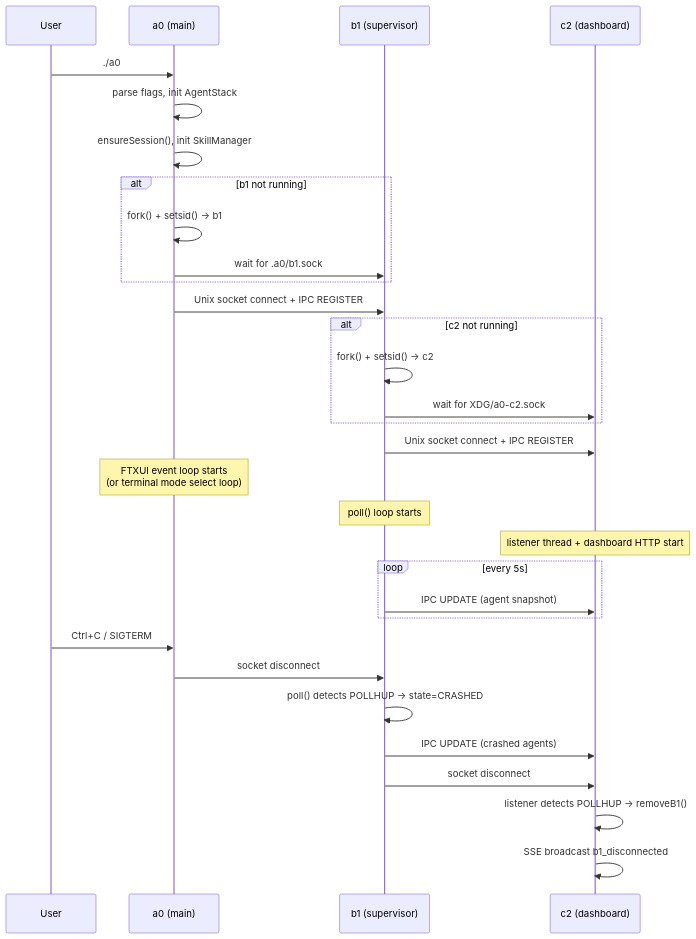
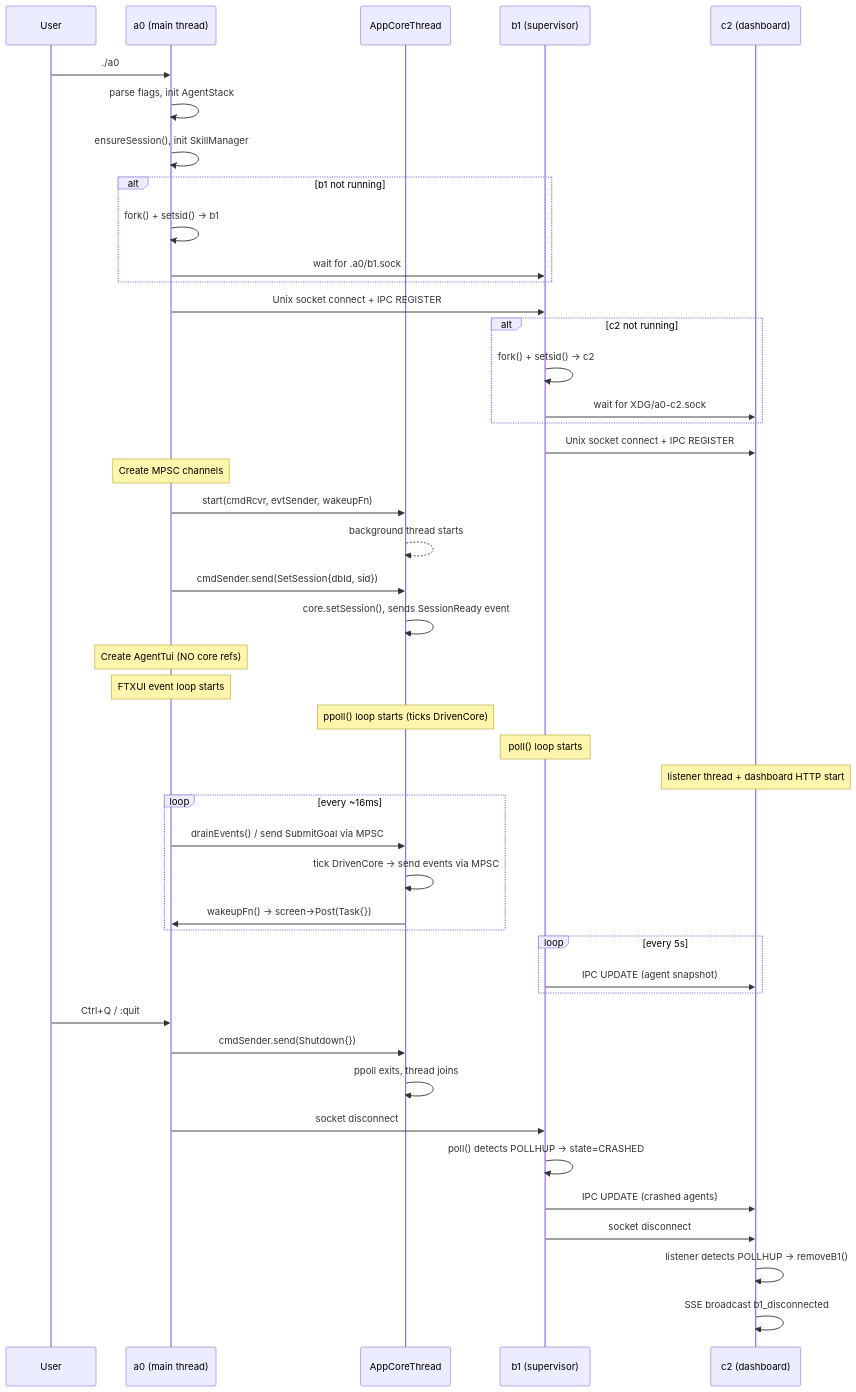
Before and after one commit to opensassi/a0: the second of 7 diagrams in specs/concurrency-model.md, drawn with Mermaid. The commit also changed other lines of this file and 50 other files, not shown here.

````diff
--- a/specs/concurrency-model.md
+++ b/specs/concurrency-model.md
@@ -89,39 +91,57 @@
 ```mermaid
 sequenceDiagram
     participant USER as User
-    participant A0 as a0 (main)
+    participant A0 as a0 (main thread)
+    participant ACT as AppCoreThread
     participant B1 as b1 (supervisor)
     participant C2 as c2 (dashboard)
 
     USER->>A0: ./a0
     A0->>A0: parse flags, init AgentStack
     A0->>A0: ensureSession(), init SkillManager
 
     alt b1 not running
         A0->>A0: fork() + setsid() → b1
         A0->>B1: wait for .a0/b1.sock
     end
     A0->>B1: Unix socket connect + IPC REGISTER
 
     alt c2 not running
         B1->>B1: fork() + setsid() → c2
         B1->>C2: wait for XDG/a0-c2.sock
     end
     B1->>C2: Unix socket connect + IPC REGISTER
 
-    Note over A0: FTXUI event loop starts<br/>(or terminal mode select loop)
+    Note over A0: Create MPSC channels
+    A0->>ACT: start(cmdRcvr, evtSender, wakeupFn)
+    ACT-->>ACT: background thread starts
+
+    A0->>ACT: cmdSender.send(SetSession{dbId, sid})
+    ACT->>ACT: core.setSession(), sends SessionReady event
+
+    Note over A0: Create AgentTui (NO core refs)
+    Note over A0: FTXUI event loop starts
+    Note over ACT: ppoll() loop starts (ticks DrivenCore)
     Note over B1: poll() loop starts
     Note over C2: listener thread + dashboard HTTP start
+
+    loop every ~16ms
+        A0->>ACT: drainEvents() / send SubmitGoal via MPSC
+        ACT->>ACT: tick DrivenCore → send events via MPSC
+        ACT->>A0: wakeupFn() → screen->Post(Task{})
+    end
 
     loop every 5s
         B1->>C2: IPC UPDATE (agent snapshot)
     end
 
-    USER->>A0: Ctrl+C / SIGTERM
+    USER->>A0: Ctrl+Q / :quit
+    A0->>ACT: cmdSender.send(Shutdown{})
+    ACT->>ACT: ppoll exits, thread joins
     A0->>B1: socket disconnect
     B1->>B1: poll() detects POLLHUP → state=CRASHED
     B1->>C2: IPC UPDATE (crashed agents)
     B1->>C2: socket disconnect
     C2->>C2: listener detects POLLHUP → removeB1()
     C2->>C2: SSE broadcast b1_disconnected
 ```
````
